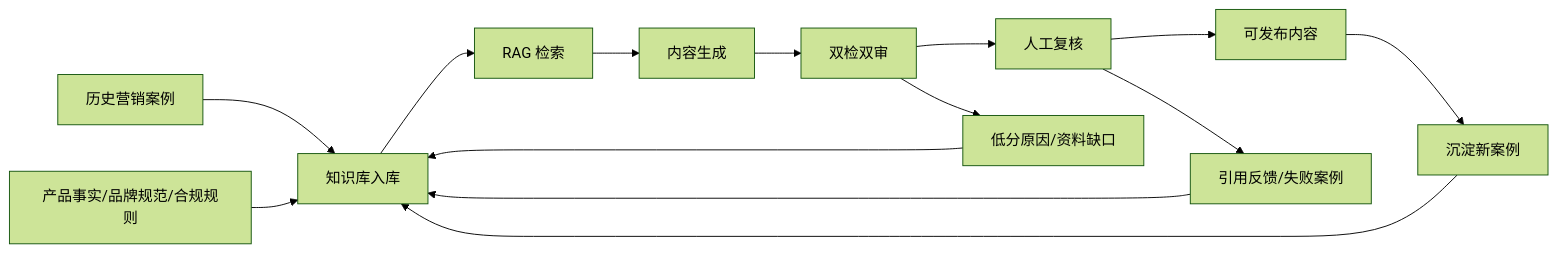
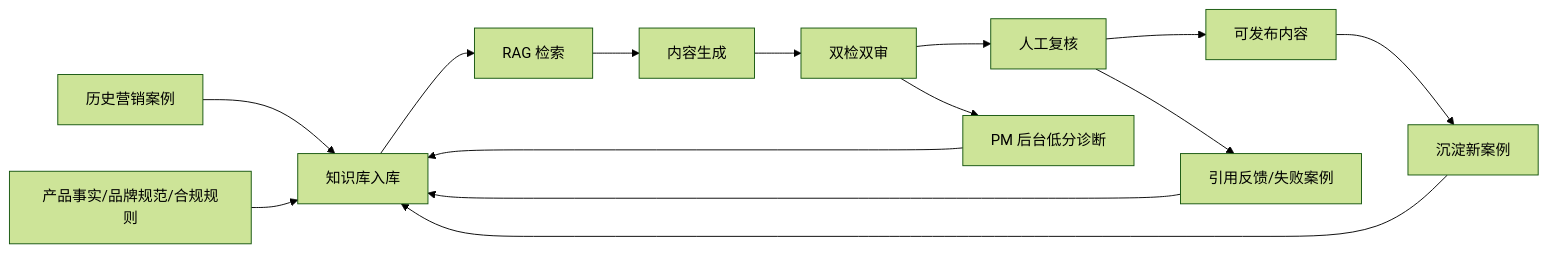
Before and after one commit to iamnotalle/AI-keyboard-marketing-platform-v2: the second of 2 diagrams in docs/USER_FLOW.md, drawn with Mermaid (forest theme). The commit also changed other lines of this file and 5 other files, not shown here.

````diff
--- a/docs/USER_FLOW.md
+++ b/docs/USER_FLOW.md
@@ -78,16 +79,16 @@
 ```mermaid
 flowchart LR
     A["历史营销案例"] --> B["知识库入库"]
     C["产品事实/品牌规范/合规规则"] --> B
     B --> D["RAG 检索"]
     D --> E["内容生成"]
     E --> F["双检双审"]
     F --> G["人工复核"]
     G --> H["可发布内容"]
     H --> I["沉淀新案例"]
     I --> B
     G --> J["引用反馈/失败案例"]
     J --> B
-    F --> K["低分原因/资料缺口"]
+    F --> K["PM 后台低分诊断"]
     K --> B
 ```
````
